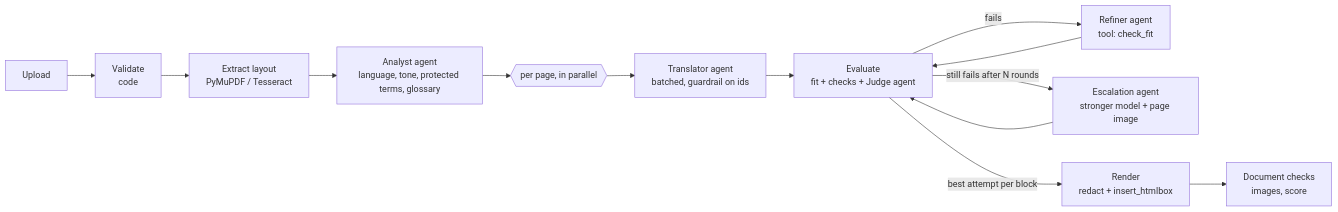
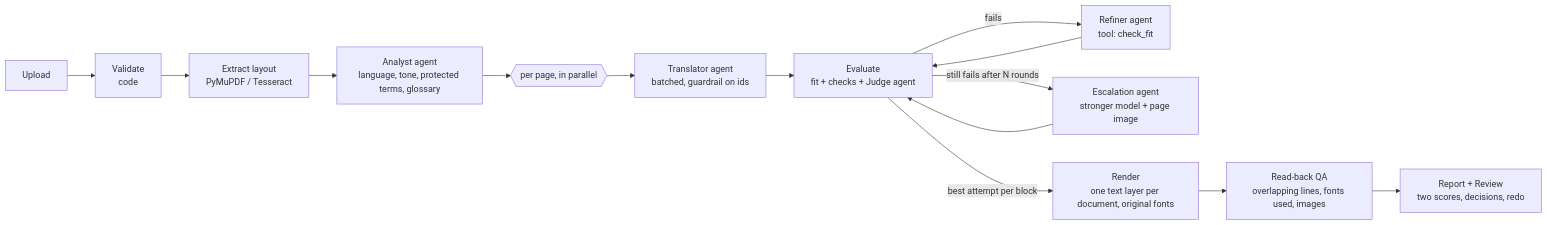
Before and after one commit to jperelli/pdf-translator: the first of 2 diagrams in README.md, drawn with Mermaid. The commit also changed other lines of this file and 5 other files, not shown here.

First line of the commit message:
Add an architecture diagram to the landing page and the README

````diff
--- a/README.md
+++ b/README.md
@@ -89,15 +94,16 @@
 ```mermaid
 flowchart LR
   U[Upload] --> V[Validate<br/>code]
   V --> E[Extract layout<br/>PyMuPDF / Tesseract]
   E --> A[Analyst agent<br/>language, tone, protected terms, glossary]
   A --> P{{per page, in parallel}}
   P --> T[Translator agent<br/>batched, guardrail on ids]
   T --> Q[Evaluate<br/>fit + checks + Judge agent]
   Q -- fails --> R[Refiner agent<br/>tool: check_fit]
   R --> Q
   Q -- still fails after N rounds --> X[Escalation agent<br/>stronger model + page image]
   X --> Q
-  Q -- best attempt per block --> W[Render<br/>redact + insert_htmlbox]
-  W --> C[Document checks<br/>images, score]
+  Q -- best attempt per block --> W[Render<br/>one text layer per document, original fonts]
+  W --> C[Read-back QA<br/>overlapping lines, fonts used, images]
+  C --> RP[Report + Review<br/>two scores, decisions, redo]
 ```
````
